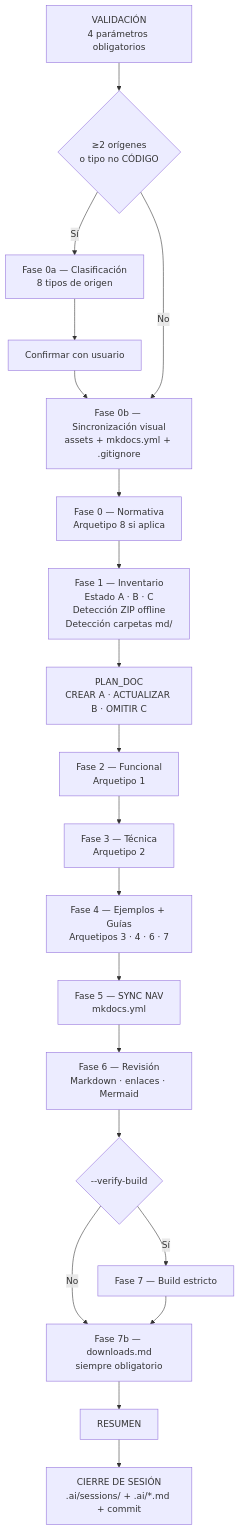
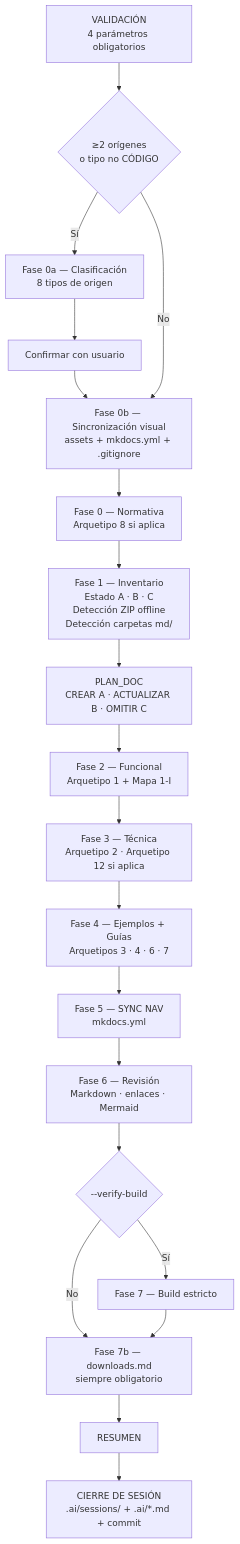
One commit to fmanza/doc_ia changed the diagram in docs/api/document_project.md. Above: the diagram before and after it, drawn with Mermaid. The commit also changed other lines of this file and 30 other files, not shown here.

First line of the commit message:
feat(archetypes): trazabilidad de pruebas, Mapa Funcional y datos (P2)

````diff
--- a/docs/api/document_project.md
+++ b/docs/api/document_project.md
@@ -7,22 +7,22 @@
 ```mermaid
 flowchart TD
     V[VALIDACIÓN\n4 parámetros obligatorios] --> CL{≥2 orígenes\no tipo no CÓDIGO}
     CL -- Sí --> F0a[Fase 0a — Clasificación\n8 tipos de origen]
     F0a --> confirm[Confirmar con usuario]
     confirm --> F0b
     CL -- No --> F0b[Fase 0b — Sincronización visual\nassets + mkdocs.yml + .gitignore]
     F0b --> F0[Fase 0 — Normativa\nArquetipo 8 si aplica]
     F0 --> F1[Fase 1 — Inventario\nEstado A · B · C\nDetección ZIP offline\nDetección carpetas md/]
     F1 --> PD[PLAN_DOC\nCREAR A · ACTUALIZAR B · OMITIR C]
-    PD --> F2[Fase 2 — Funcional\nArquetipo 1]
-    F2 --> F3[Fase 3 — Técnica\nArquetipo 2]
+    PD --> F2[Fase 2 — Funcional\nArquetipo 1 + Mapa 1-I]
+    F2 --> F3[Fase 3 — Técnica\nArquetipo 2 · Arquetipo 12 si aplica]
     F3 --> F4[Fase 4 — Ejemplos + Guías\nArquetipos 3 · 4 · 6 · 7]
     F4 --> F5[Fase 5 — SYNC NAV\nmkdocs.yml]
     F5 --> F6[Fase 6 — Revisión\nMarkdown · enlaces · Mermaid]
     F6 --> F7{--verify-build}
     F7 -- Sí --> build[Fase 7 — Build estricto]
     F7 -- No --> F7b
     build --> F7b[Fase 7b — downloads.md\nsiempre obligatorio]
     F7b --> RES[RESUMEN]
     RES --> CIERRE[CIERRE DE SESIÓN\n.ai/sessions/ + .ai/*.md + commit]
 ```
````
